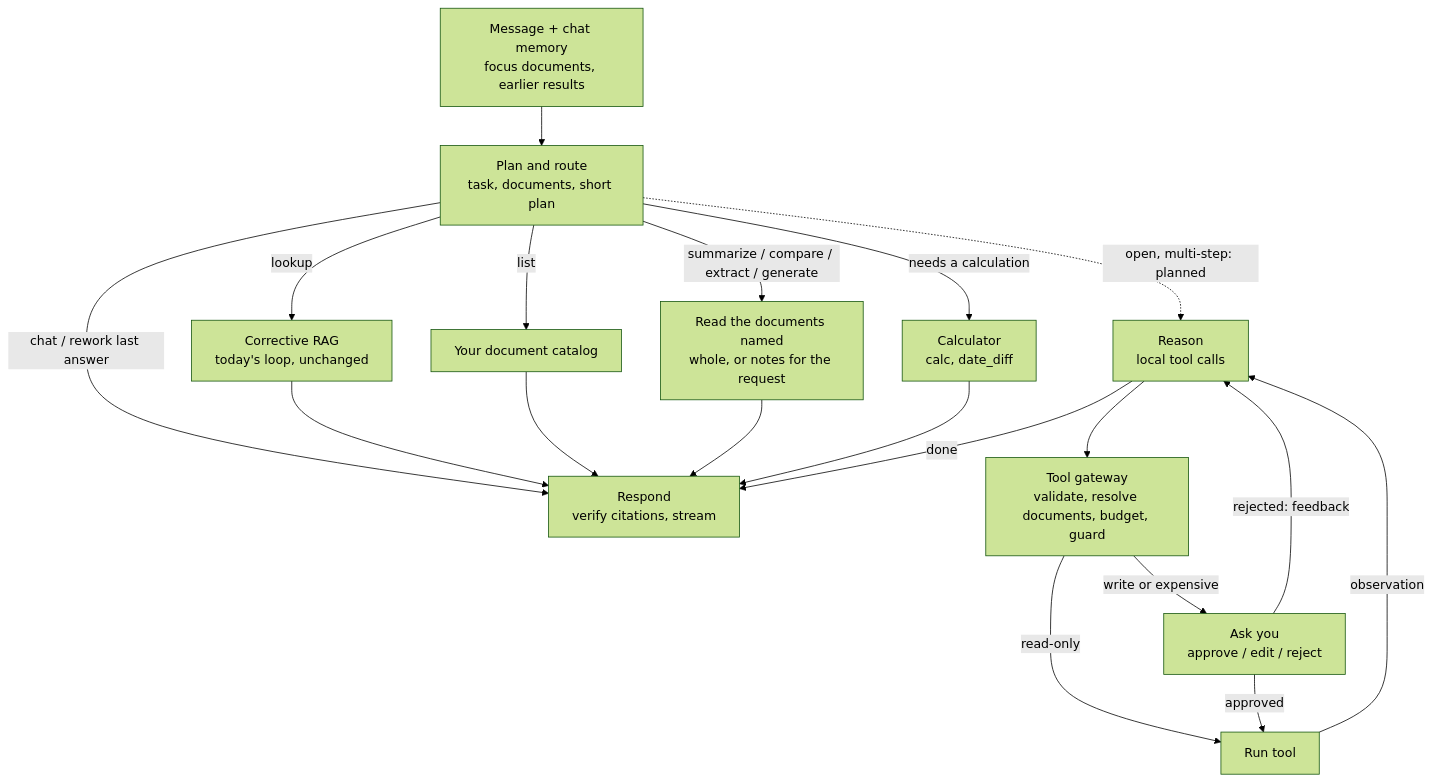
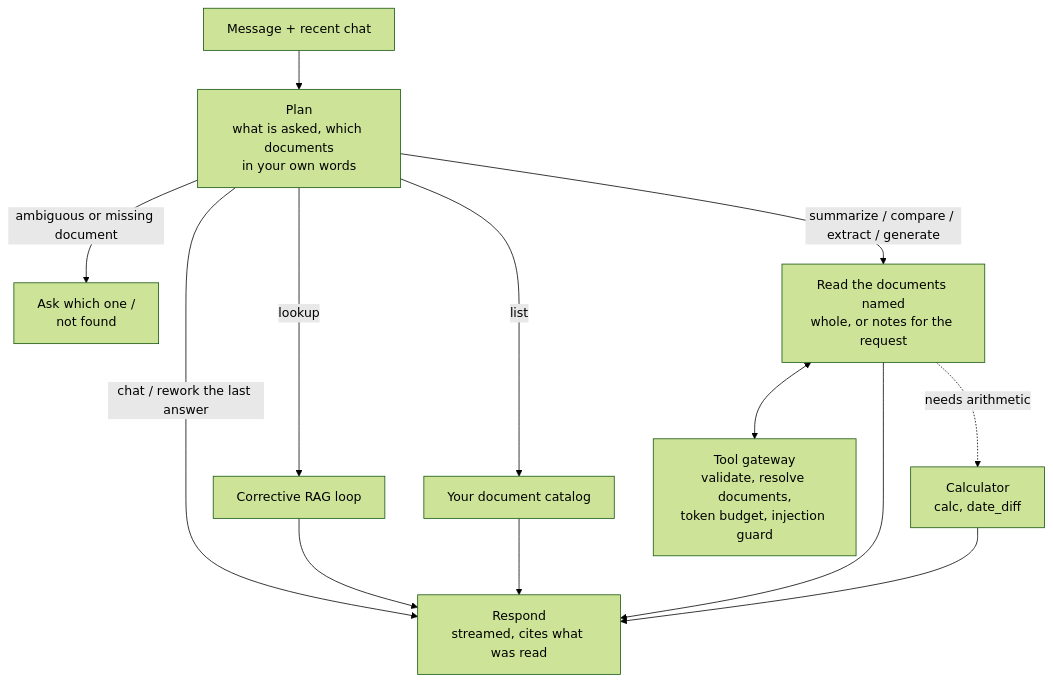
The third of 3 diagrams in README.md (Dima252/VaultMind), drawn with Mermaid (forest theme) before and after one commit. The commit also changed other lines of this file and 4 other files, not shown here.

````diff
--- a/README.md
+++ b/README.md
@@ -68,17 +68,13 @@
 ```mermaid
 flowchart TD
-    Q[Message + chat memory<br/>focus documents, earlier results] --> P[Plan and route<br/>task, documents, short plan]
-    P -- chat / rework last answer --> R
-    P -- lookup --> L[Corrective RAG<br/>today's loop, unchanged] --> R
+    Q[Message + recent chat] --> P[Plan<br/>what is asked, which documents<br/>in your own words]
+    P -- ambiguous or missing document --> A[Ask which one /<br/>not found]
+    P -- chat / rework the last answer --> R
+    P -- lookup --> L[Corrective RAG loop] --> R
     P -- list --> K[Your document catalog] --> R
-    P -- summarize / compare / extract / generate --> C[Read the documents named<br/>whole, or notes for the request] --> R
-    P -- needs a calculation --> N[Calculator<br/>calc, date_diff] --> R
-    P -. open, multi-step: planned .-> T[Reason<br/>local tool calls]
-    T --> G[Tool gateway<br/>validate, resolve documents, budget, guard]
-    G -- read-only --> X[Run tool]
-    G -- write or expensive --> H[Ask you<br/>approve / edit / reject]
-    H -- approved --> X
-    H -- rejected: feedback --> T
-    X -- observation --> T
-    T -- done --> R[Respond<br/>verify citations, stream]
+    P -- summarize / compare / extract / generate --> C[Read the documents named<br/>whole, or notes for the request]
+    C --> R
+    C -. needs arithmetic .-> N[Calculator<br/>calc, date_diff]
+    N --> R[Respond<br/>streamed, cites what was read]
+    C <--> G[Tool gateway<br/>validate, resolve documents,<br/>token budget, injection guard]
 ```
````
